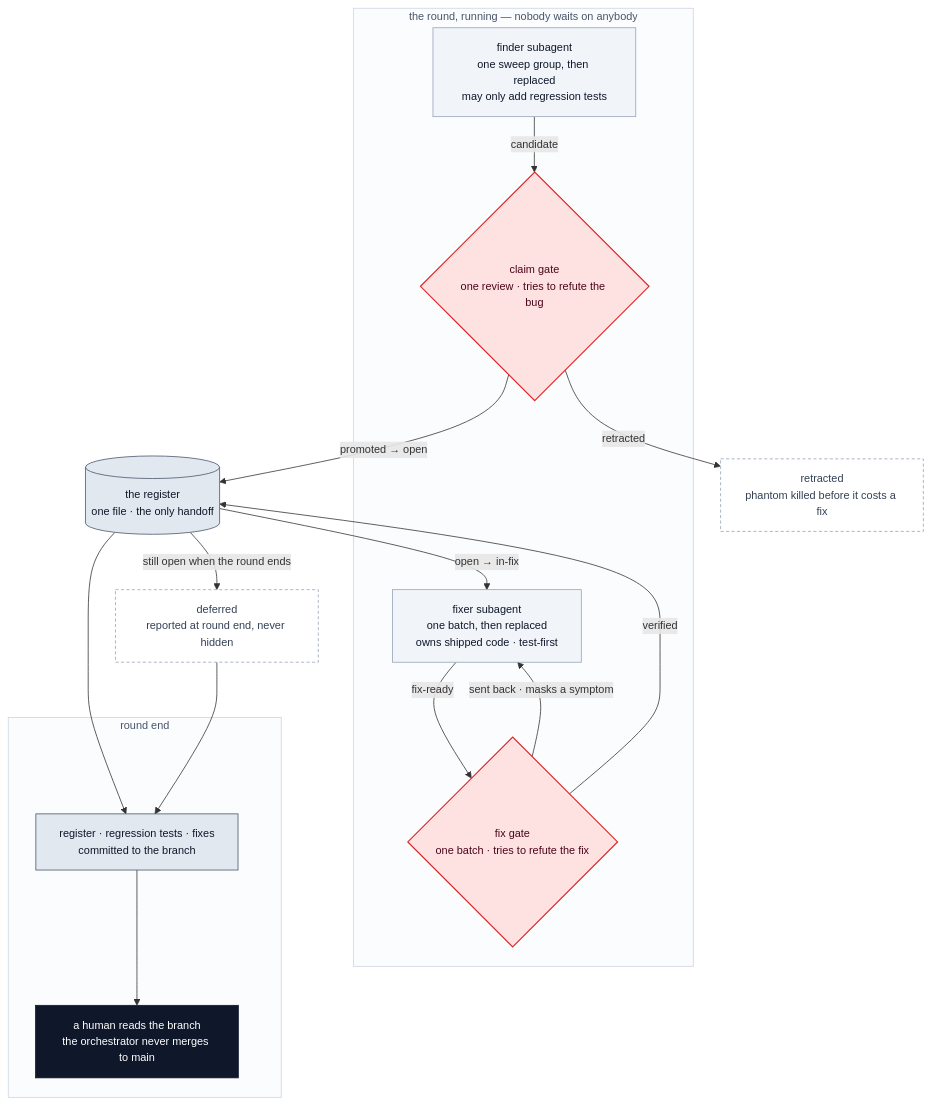
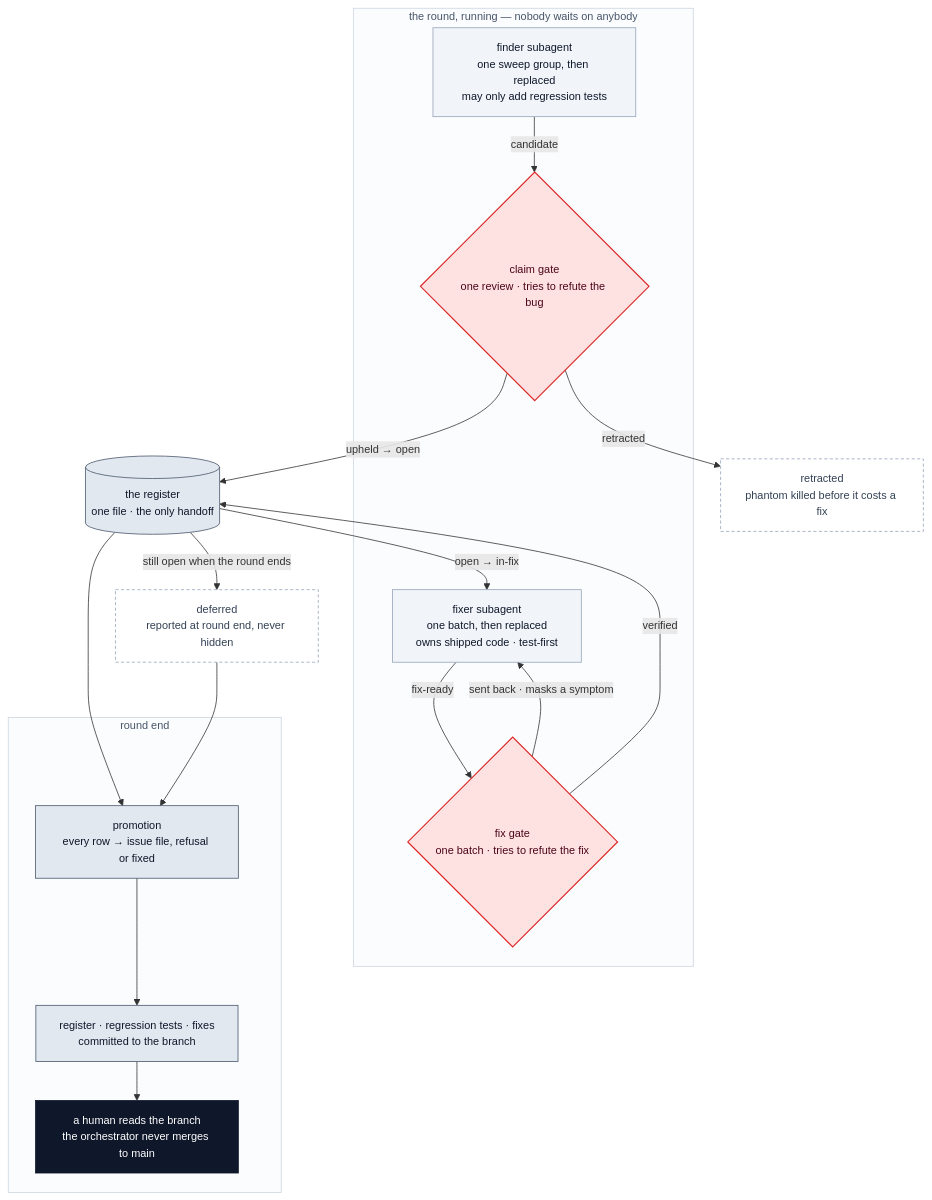
One commit to roufmlp/agent-skills changed the third of 3 diagrams in README.md. Above: the diagram before and after it, drawn with Mermaid. The commit also changed other lines of this file and 20 other files, not shown here.

````diff
--- a/README.md
+++ b/README.md
@@ -206,45 +208,47 @@
 ```mermaid
 %%{init: {"flowchart": {"curve": "basis"}, "themeVariables": {"fontSize": "14px"}}}%%
 flowchart TD
     REG[("the register<br/>one file · the only handoff")]
 
     subgraph RUN ["the round, running — nobody waits on anybody"]
         FIND["finder subagent<br/>one sweep group, then replaced<br/>may only add regression tests"]
         CG{"claim gate<br/>one review · tries to refute the bug"}
         FIX["fixer subagent<br/>one batch, then replaced<br/>owns shipped code · test-first"]
         FG{"fix gate<br/>one batch · tries to refute the fix"}
     end
 
     DEAD["retracted<br/>phantom killed before it costs a fix"]
     DEFER["deferred<br/>reported at round end, never hidden"]
 
     subgraph ENDR ["round end"]
+        PROM["promotion<br/>every row → issue file, refusal or fixed"]
         COMMIT["register · regression tests · fixes<br/>committed to the branch"]
         HUM["a human reads the branch<br/>the orchestrator never merges to main"]
     end
 
     FIND -->|"candidate"| CG
     CG -->|"retracted"| DEAD
-    CG -->|"promoted → open"| REG
+    CG -->|"upheld → open"| REG
     REG -->|"open → in-fix"| FIX
     FIX -->|"fix-ready"| FG
     FG -->|"sent back · masks a symptom"| FIX
     FG -->|"verified"| REG
     REG -->|"still open when the round ends"| DEFER
-    REG --> COMMIT
-    DEFER --> COMMIT
+    REG --> PROM
+    DEFER --> PROM
+    PROM --> COMMIT
     COMMIT --> HUM
 
     classDef step fill:#F1F5F9,stroke:#94A3B8,stroke-width:1px,color:#0F172A
     classDef keep fill:#E2E8F0,stroke:#475569,stroke-width:1px,color:#0F172A
     classDef gate fill:#FEE2E2,stroke:#DC2626,stroke-width:1.5px,color:#4C0519
     classDef stop fill:#FFFFFF,stroke:#94A3B8,stroke-width:1px,stroke-dasharray:4 3,color:#334155
     classDef human fill:#0F172A,stroke:#0F172A,stroke-width:1px,color:#FFFFFF
     class FIND,FIX step
     class CG,FG gate
-    class REG,COMMIT keep
+    class REG,COMMIT,PROM keep
     class DEAD,DEFER stop
     class HUM human
     style RUN fill:#FBFCFD,stroke:#CBD5E1,color:#475569
     style ENDR fill:#FBFCFD,stroke:#CBD5E1,color:#475569
 ```
````
